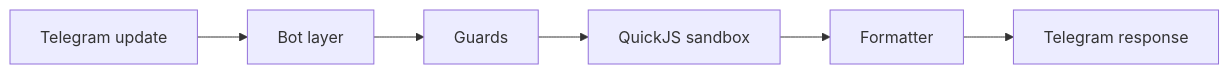
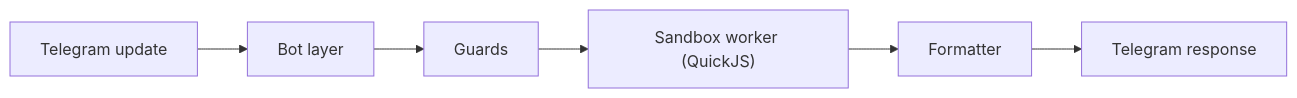
The first of 4 diagrams in ARCHITECTURE.md (Sadykhzadeh/jsitbot), drawn with Mermaid before and after one commit. The commit also changed other lines of this file and 1 other file, not shown here.

First line of the commit message:
Document the sandbox, the new behaviour and the limits

````diff
--- a/ARCHITECTURE.md
+++ b/ARCHITECTURE.md
@@ -7,8 +7,8 @@
 ```mermaid
 flowchart LR
     A["Telegram update"] --> B["Bot layer"]
     B --> C["Guards"]
-    C --> D["QuickJS sandbox"]
+    C --> D["Sandbox worker (QuickJS)"]
     D --> E["Formatter"]
     E --> F["Telegram response"]
 ```
````
